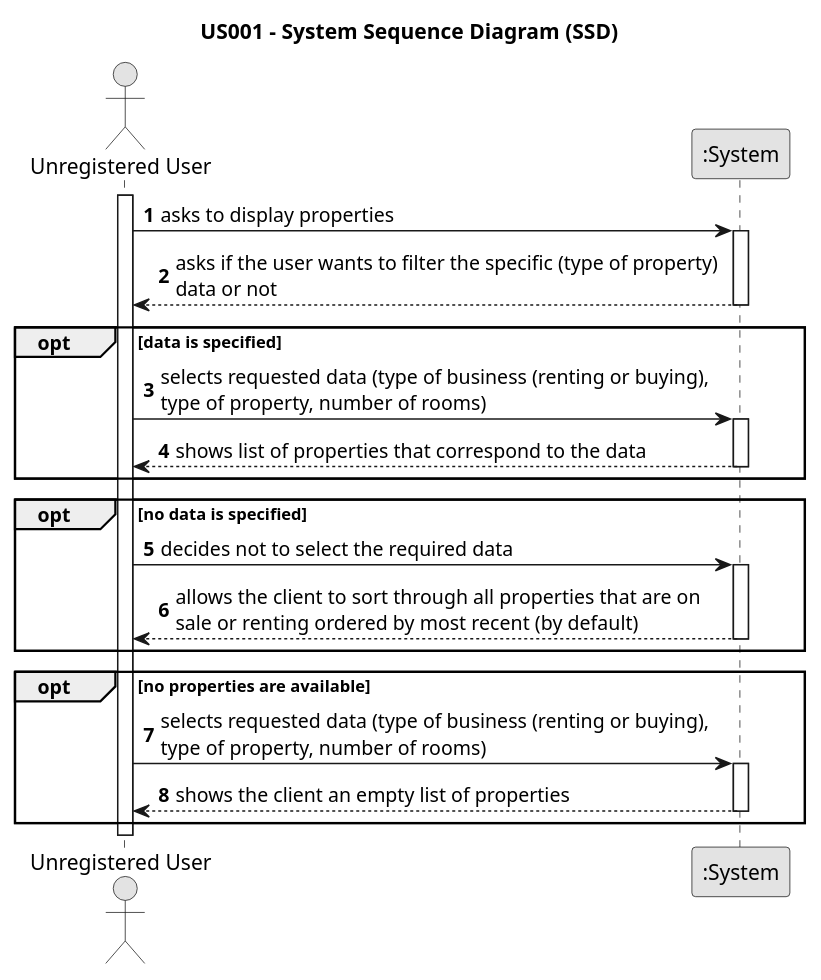
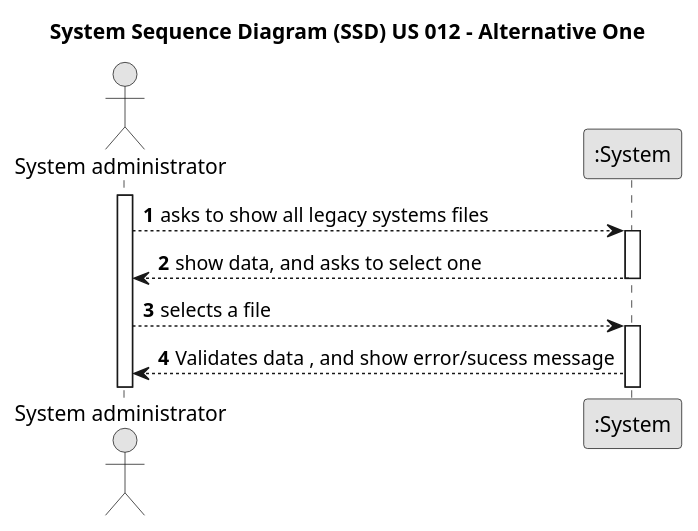
One commit to 1220812/LAPR2 changed the diagram in docs/sprintC/us012/01.requirements-engineering/puml/us012-system-sequence-diagram.puml. Above: the diagram before and after it, drawn with PlantUML. The commit also changed 2 other files, not shown here.

Commit message:
Completed the domain model and system sequence diagram from US012. Also, finished the Read me from us012

```diff
--- a/docs/sprintC/us012/01.requirements-engineering/puml/us012-system-sequence-diagram.puml
+++ b/docs/sprintC/us012/01.requirements-engineering/puml/us012-system-sequence-diagram.puml
@@ -1,49 +1,27 @@
 @startuml
 skinparam monochrome true
 skinparam packageStyle rectangle
 skinparam shadowing false
 
-title US001 - System Sequence Diagram (SSD)
+title System Sequence Diagram (SSD) US 012 - Alternative One
 
 autonumber
 
-actor "Unregistered User" as Customer
+actor "System administrator" as Sa
 participant ":System" as System
 
-activate Customer
+activate Sa
 
-    Customer -> System : asks to display properties
+            Sa --> System : asks to show all legacy systems files
+        activate System
 
-    activate System
+            System --> Sa : show data, and asks to select one
+            deactivate System
 
-        System --> Customer : asks if the user wants to filter the specific (type of property) \ndata or not
-    deactivate System
+            Sa ---> System : selects a file
+            activate System
 
-opt data is specified
-    Customer -> System : selects requested data (type of business (renting or buying), \ntype of property, number of rooms)
+            System --> Sa : Validates data , and show error/sucess message
 
-    activate System
-
-        System --> Customer : shows list of properties that correspond to the data
-    deactivate System
-end
-
-opt no data is specified
-    Customer -> System : decides not to select the required data
-
-    activate System
-
-            System --> Customer : allows the client to sort through all properties that are on \nsale or renting ordered by most recent (by default)
-    deactivate System
-end
-
-opt no properties are available
-    Customer -> System : selects requested data (type of business (renting or buying), \ntype of property, number of rooms)
-
-    activate System
-
-            System --> Customer : shows the client an empty list of properties
-    deactivate System
-end
 
 @enduml
```
